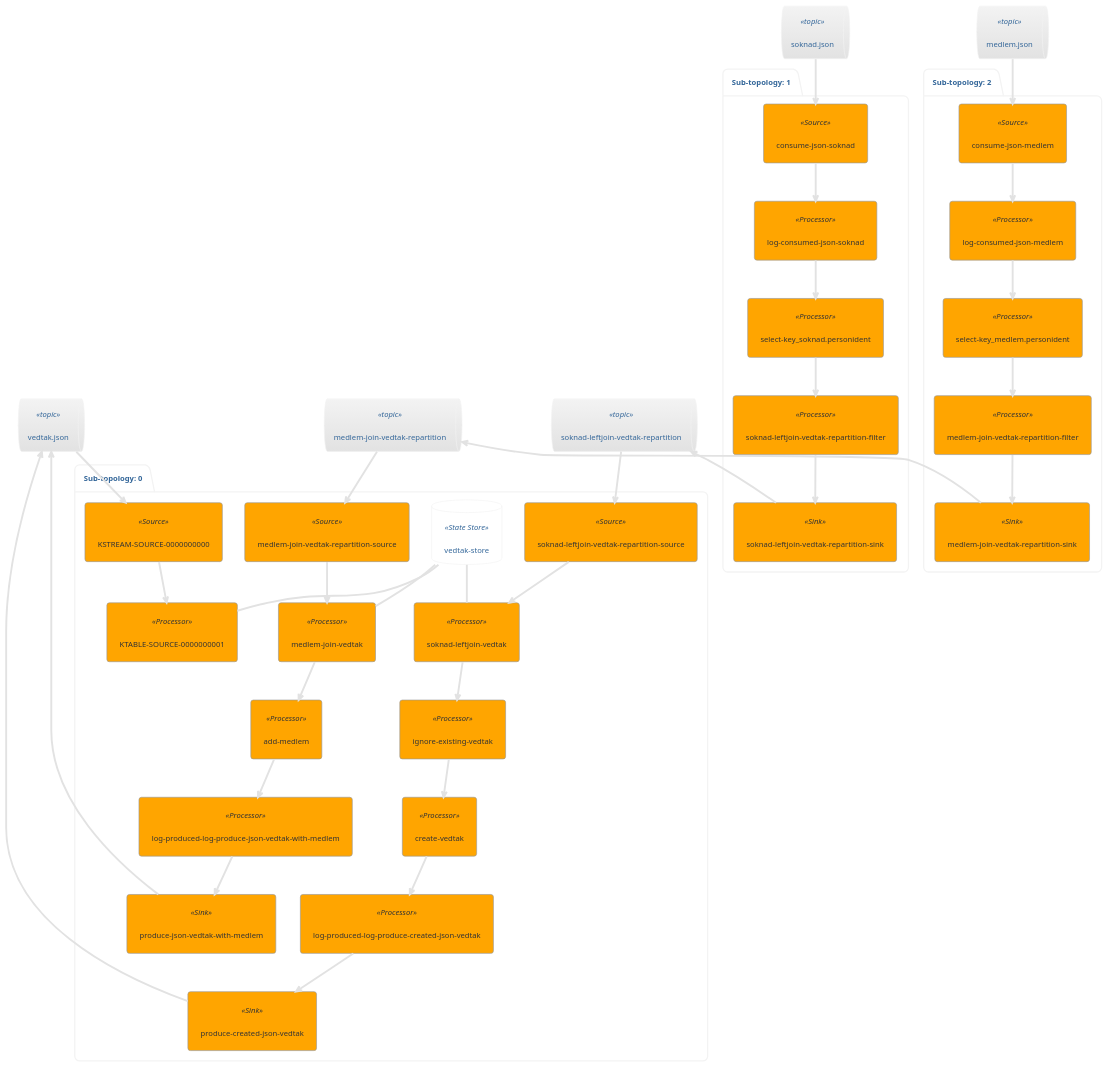
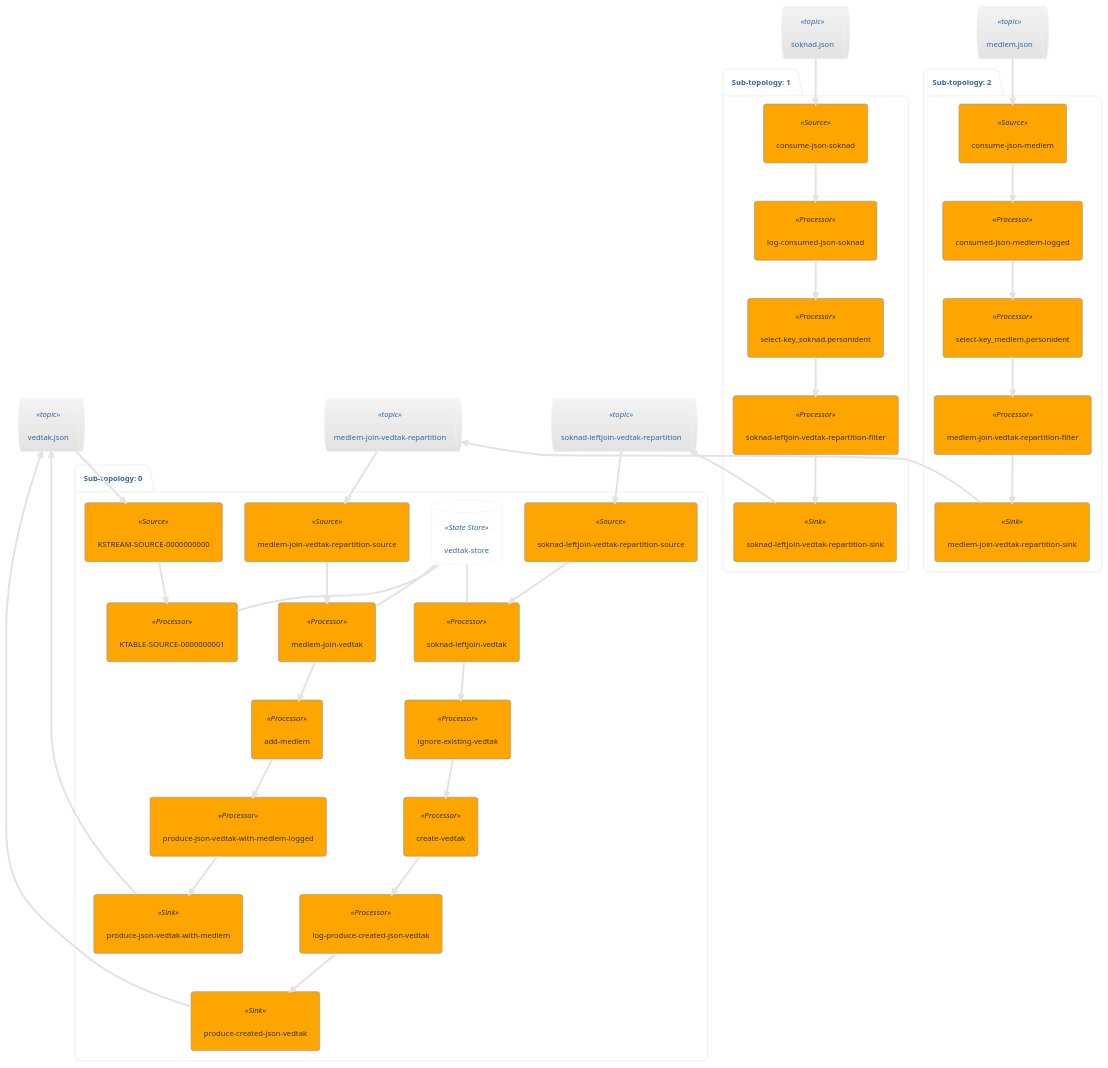
The diagram in app/kafka-streams-json/topology.puml (rtc11/poc), drawn with PlantUML before and after one commit. The commit also changed 2 other files, not shown here.

```diff
--- a/app/kafka-streams-json/topology.puml
+++ b/app/kafka-streams-json/topology.puml
@@ -1,68 +1,68 @@
 @startuml
 !theme lightgray
 queue "vedtak.json" <<topic>> as vedtak_json
 queue "soknad-leftjoin-vedtak-repartition" <<topic>> as soknad_leftjoin_vedtak_repartition
 queue "medlem-join-vedtak-repartition" <<topic>> as medlem_join_vedtak_repartition
 queue "soknad.json" <<topic>> as soknad_json
 queue "medlem.json" <<topic>> as medlem_json
 package "Sub-topology: 0" {
 	database "vedtak-store" <<State Store>> as vedtak_store
 	agent "soknad-leftjoin-vedtak-repartition-source" <<Source>> as soknad_leftjoin_vedtak_repartition_source
 	agent "medlem-join-vedtak-repartition-source" <<Source>> as medlem_join_vedtak_repartition_source
 	agent "soknad-leftjoin-vedtak" <<Processor>> as soknad_leftjoin_vedtak
 	agent "ignore-existing-vedtak" <<Processor>> as ignore_existing_vedtak
 	agent "medlem-join-vedtak" <<Processor>> as medlem_join_vedtak
 	agent "add-medlem" <<Processor>> as add_medlem
 	agent "create-vedtak" <<Processor>> as create_vedtak
 	agent "KSTREAM-SOURCE-0000000000" <<Source>> as KSTREAM_SOURCE_0000000000
-	agent "log-produced-log-produce-created-json-vedtak" <<Processor>> as log_produced_log_produce_created_json_vedtak
-	agent "log-produced-log-produce-json-vedtak-with-medlem" <<Processor>> as log_produced_log_produce_json_vedtak_with_medlem
+	agent "log-produce-created-json-vedtak" <<Processor>> as log_produce_created_json_vedtak
+	agent "produce-json-vedtak-with-medlem-logged" <<Processor>> as produce_json_vedtak_with_medlem_logged
 	agent "KTABLE-SOURCE-0000000001" <<Processor>> as KTABLE_SOURCE_0000000001
 	agent "produce-created-json-vedtak" <<Sink>> as produce_created_json_vedtak
 	agent "produce-json-vedtak-with-medlem" <<Sink>> as produce_json_vedtak_with_medlem
 	soknad_leftjoin_vedtak_repartition --> soknad_leftjoin_vedtak_repartition_source
 	medlem_join_vedtak_repartition --> medlem_join_vedtak_repartition_source
 	vedtak_store -- soknad_leftjoin_vedtak
 	vedtak_store -- medlem_join_vedtak
 	vedtak_json --> KSTREAM_SOURCE_0000000000
 	vedtak_store -- KTABLE_SOURCE_0000000001
 	vedtak_json <-- produce_created_json_vedtak
 	vedtak_json <-- produce_json_vedtak_with_medlem
 	soknad_leftjoin_vedtak_repartition_source --> soknad_leftjoin_vedtak
 	medlem_join_vedtak_repartition_source --> medlem_join_vedtak
 	soknad_leftjoin_vedtak --> ignore_existing_vedtak
 	ignore_existing_vedtak --> create_vedtak
 	medlem_join_vedtak --> add_medlem
-	add_medlem --> log_produced_log_produce_json_vedtak_with_medlem
-	create_vedtak --> log_produced_log_produce_created_json_vedtak
+	add_medlem --> produce_json_vedtak_with_medlem_logged
+	create_vedtak --> log_produce_created_json_vedtak
 	KSTREAM_SOURCE_0000000000 --> KTABLE_SOURCE_0000000001
-	log_produced_log_produce_created_json_vedtak --> produce_created_json_vedtak
-	log_produced_log_produce_json_vedtak_with_medlem --> produce_json_vedtak_with_medlem
+	log_produce_created_json_vedtak --> produce_created_json_vedtak
+	produce_json_vedtak_with_medlem_logged --> produce_json_vedtak_with_medlem
 }
 package "Sub-topology: 1" {
 	agent "consume-json-soknad" <<Source>> as consume_json_soknad
 	agent "log-consumed-json-soknad" <<Processor>> as log_consumed_json_soknad
 	agent "select-key_soknad.personident" <<Processor>> as select_key_soknad_personident
 	agent "soknad-leftjoin-vedtak-repartition-filter" <<Processor>> as soknad_leftjoin_vedtak_repartition_filter
 	agent "soknad-leftjoin-vedtak-repartition-sink" <<Sink>> as soknad_leftjoin_vedtak_repartition_sink
 	soknad_json --> consume_json_soknad
 	soknad_leftjoin_vedtak_repartition <-- soknad_leftjoin_vedtak_repartition_sink
 	consume_json_soknad --> log_consumed_json_soknad
 	log_consumed_json_soknad --> select_key_soknad_personident
 	select_key_soknad_personident --> soknad_leftjoin_vedtak_repartition_filter
 	soknad_leftjoin_vedtak_repartition_filter --> soknad_leftjoin_vedtak_repartition_sink
 }
 package "Sub-topology: 2" {
 	agent "consume-json-medlem" <<Source>> as consume_json_medlem
-	agent "log-consumed-json-medlem" <<Processor>> as log_consumed_json_medlem
+	agent "consumed-json-medlem-logged" <<Processor>> as consumed_json_medlem_logged
 	agent "select-key_medlem.personident" <<Processor>> as select_key_medlem_personident
 	agent "medlem-join-vedtak-repartition-filter" <<Processor>> as medlem_join_vedtak_repartition_filter
 	agent "medlem-join-vedtak-repartition-sink" <<Sink>> as medlem_join_vedtak_repartition_sink
 	medlem_json --> consume_json_medlem
 	medlem_join_vedtak_repartition <-- medlem_join_vedtak_repartition_sink
-	consume_json_medlem --> log_consumed_json_medlem
-	log_consumed_json_medlem --> select_key_medlem_personident
+	consume_json_medlem --> consumed_json_medlem_logged
+	consumed_json_medlem_logged --> select_key_medlem_personident
 	select_key_medlem_personident --> medlem_join_vedtak_repartition_filter
 	medlem_join_vedtak_repartition_filter --> medlem_join_vedtak_repartition_sink
 }
 @enduml
```
